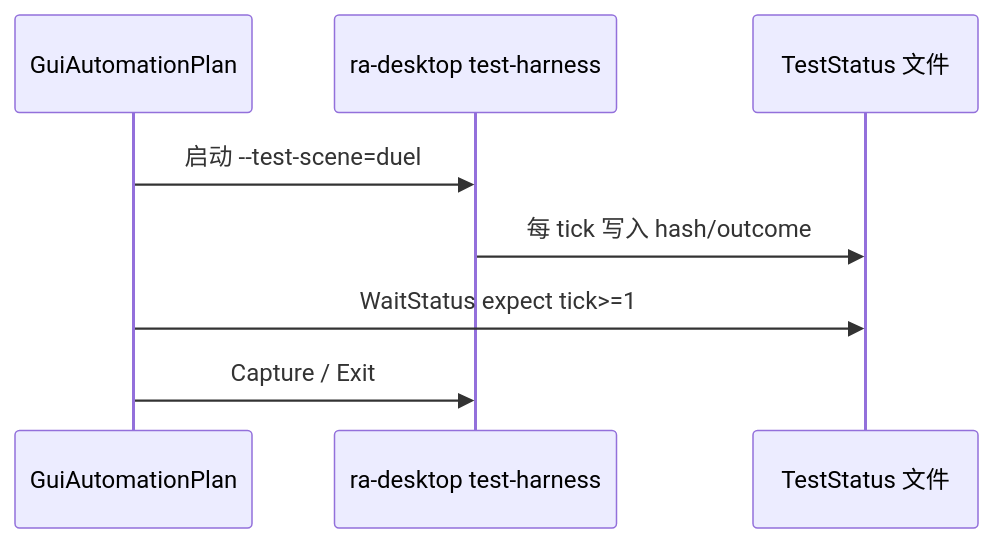
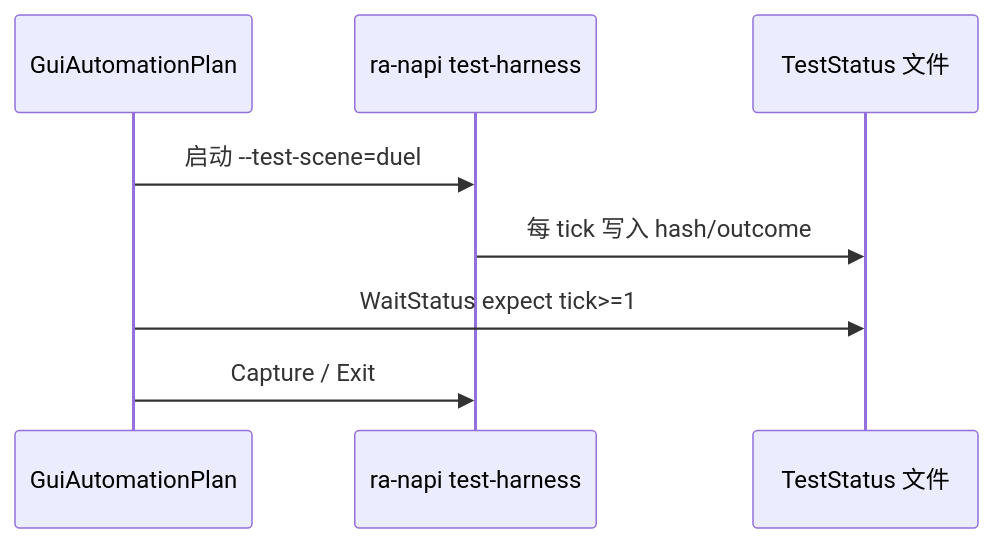
The third of 4 diagrams in projects/tooling/ra-testing/readme.md (rust-alert/ra2.exe), drawn with Mermaid before and after one commit. The commit also changed other lines of this file and 14 other files, not shown here.

````diff
--- a/projects/tooling/ra-testing/readme.md
+++ b/projects/tooling/ra-testing/readme.md
@@ -138,10 +138,10 @@
 ```mermaid
 sequenceDiagram
   participant P as GuiAutomationPlan
-  participant D as ra-desktop test-harness
+  participant D as ra-napi test-harness
   participant S as TestStatus 文件
   P->>D: 启动 --test-scene=duel
   D->>S: 每 tick 写入 hash/outcome
   P->>S: WaitStatus expect tick>=1
   P->>D: Capture / Exit
 ```
````
